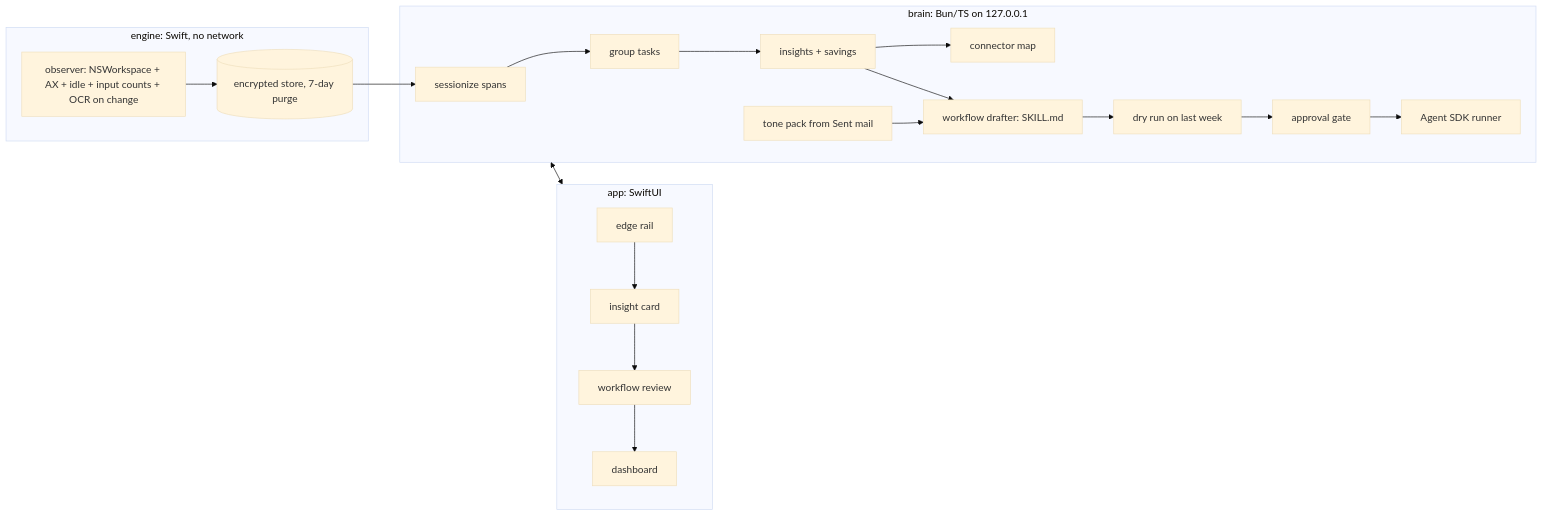
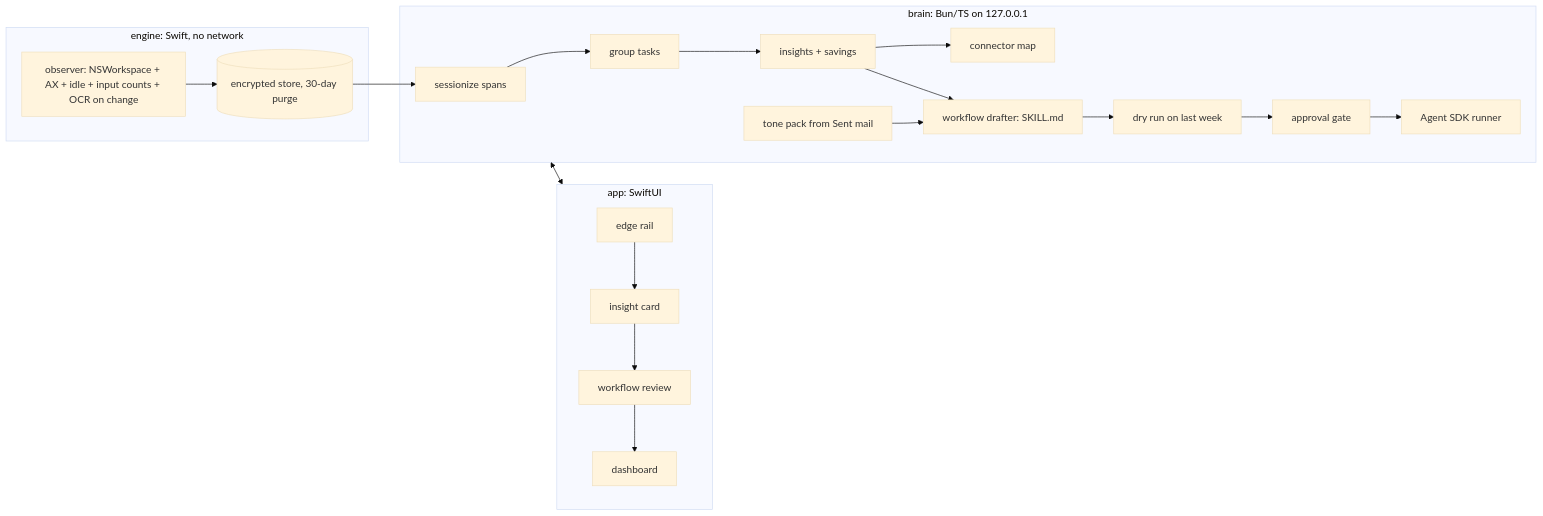
The diagram in plan/plan.md (tabani-png/offload), drawn with Mermaid (base theme) before and after one commit. The commit also changed other lines of this file and 77 other files, not shown here.

````diff
--- a/plan/plan.md
+++ b/plan/plan.md
@@ -18,15 +18,15 @@
 ```mermaid
 flowchart LR
   subgraph engine[engine: Swift, no network]
-    OBS[observer: NSWorkspace + AX + idle + input counts + OCR on change] --> ST[(encrypted store, 7-day purge)]
+    OBS[observer: NSWorkspace + AX + idle + input counts + OCR on change] --> ST[(encrypted store, 30-day purge)]
   end
   subgraph brain[brain: Bun/TS on 127.0.0.1]
     ST --> SES[sessionize spans] --> GRP[group tasks] --> RANK[insights + savings] --> CON[connector map]
     TONE[tone pack from Sent mail] --> WF[workflow drafter: SKILL.md]
     RANK --> WF --> DRY[dry run on last week] --> GATE[approval gate] --> RUN[Agent SDK runner]
   end
   subgraph app[app: SwiftUI]
     RAIL[edge rail] --> CARD[insight card] --> REV[workflow review] --> DASH[dashboard]
   end
   brain <--> app
 ```
````
